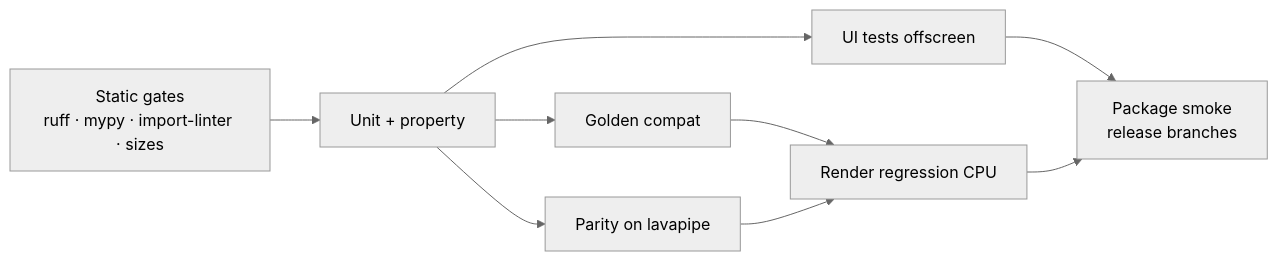
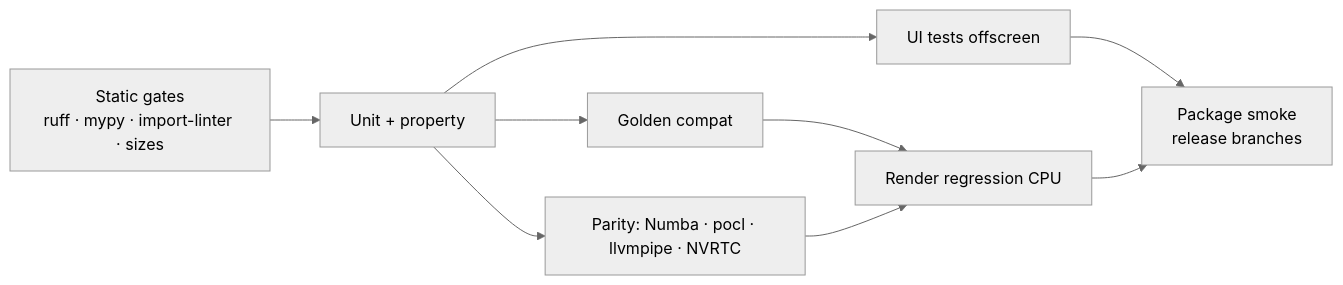
The diagram in docs/18-testing-and-quality.md (who8mypnuts/Structura), drawn with Mermaid (neutral theme) before and after one commit. The commit also changed other lines of this file and 615 other files, not shown here.

````diff
--- a/docs/18-testing-and-quality.md
+++ b/docs/18-testing-and-quality.md
@@ -149,11 +147,11 @@
 ```mermaid
 flowchart LR
   A[Static gates<br/>ruff · mypy · import-linter · sizes] --> B[Unit + property]
   B --> C[Golden compat]
-  B --> D[Parity on lavapipe]
+  B --> D[Parity: Numba · pocl · llvmpipe · NVRTC]
   B --> E[UI tests offscreen]
   C --> F[Render regression CPU]
   D --> F
   E --> G[Package smoke<br/>release branches]
   F --> G
 ```
````
